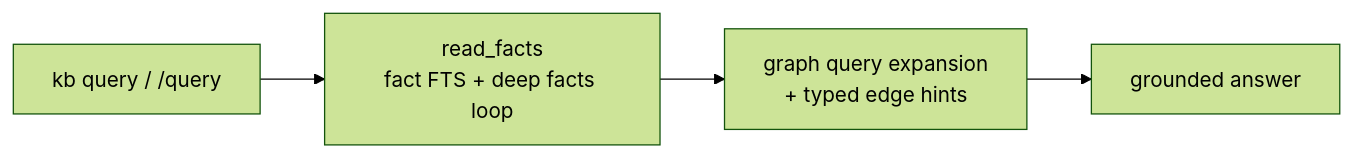
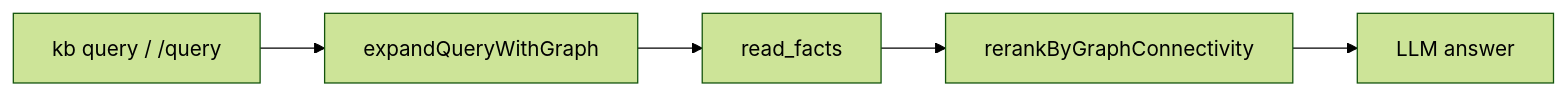
One commit to rosenjcb/kb changed the first of 2 diagrams in src/core/AGENT_LOOP.md. Above: the diagram before and after it, drawn with Mermaid (forest theme). The commit also changed other lines of this file and 9 other files, not shown here.

````diff
--- a/src/core/AGENT_LOOP.md
+++ b/src/core/AGENT_LOOP.md
@@ -21,6 +21,7 @@
 ```mermaid
 flowchart LR
-  Q["kb query / /query"] --> R["read_facts\nfact FTS + deep facts loop"]
-  R --> G["graph query expansion\n+ typed edge hints"]
-  G --> A["grounded answer"]
+  Q["kb query / /query"] --> G["expandQueryWithGraph"]
+  G --> R["read_facts"]
+  R --> RR["rerankByGraphConnectivity"]
+  RR --> A["LLM answer"]
 ```
````
